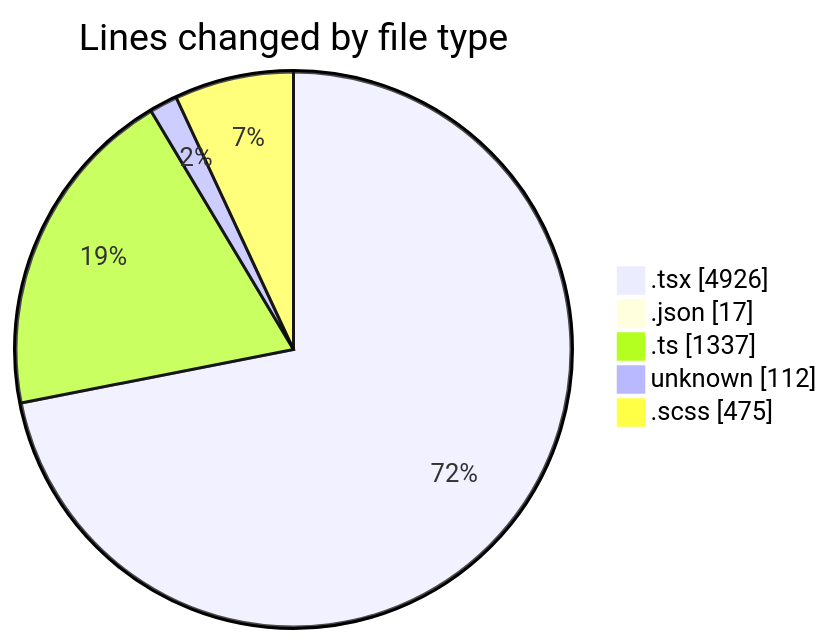
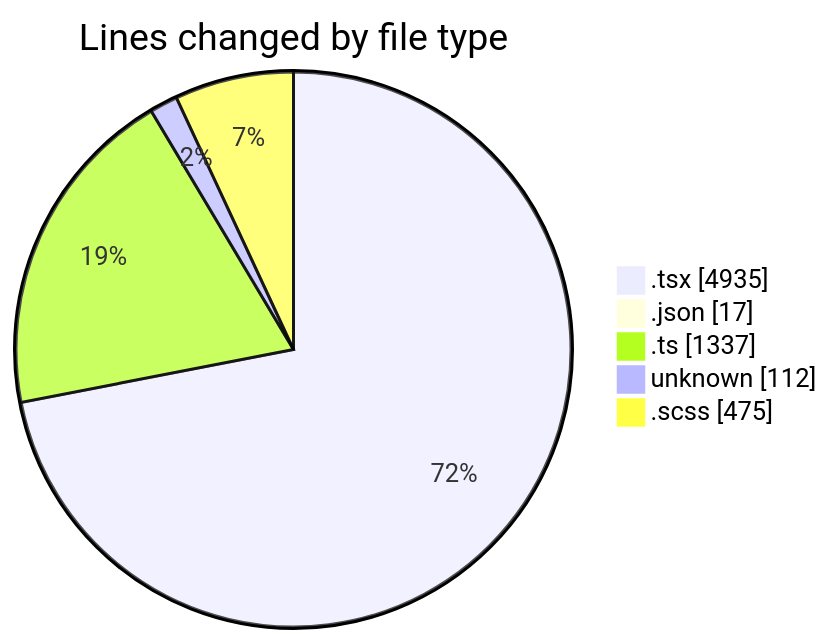
The first of 2 diagrams in 2026-04-30/cda/README.md (momahboobian/code-tracking), drawn with Mermaid before and after one commit. The commit also changed other lines of this file and 1 other file, not shown here.

````diff
--- a/2026-04-30/cda/README.md
+++ b/2026-04-30/cda/README.md
@@ -69,9 +69,9 @@
 ```mermaid
 pie showData
 title Lines changed by file type
-".tsx" : 4926
+".tsx" : 4935
 ".json" : 17
 ".ts" : 1337
 "unknown" : 112
 ".scss" : 475
 ```
````
